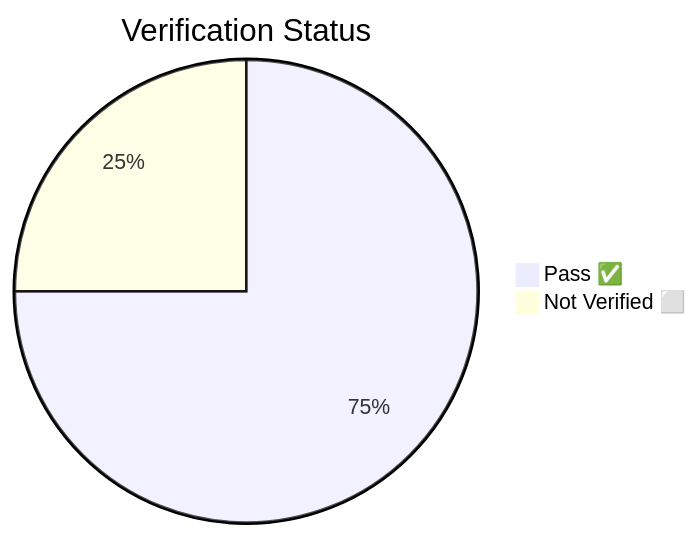
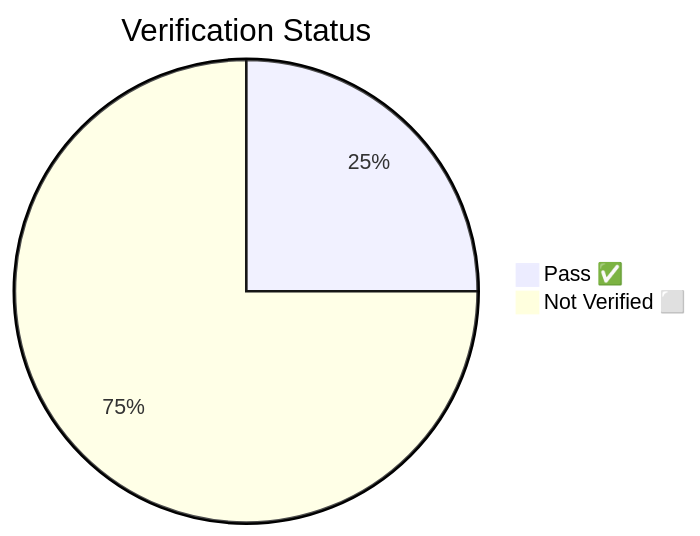
One commit to martonbence/Detection-Engineering changed the first of 3 diagrams in README.md. Above: the diagram before and after it, drawn with Mermaid. The commit also changed other lines of this file and 2 other files, not shown here.

````diff
--- a/README.md
+++ b/README.md
@@ -12,5 +12,5 @@
 ```mermaid
 pie title Verification Status
-    "Pass ✅" : 3
-    "Not Verified ⬜" : 1
+    "Pass ✅" : 1
+    "Not Verified ⬜" : 3
 ```
````
